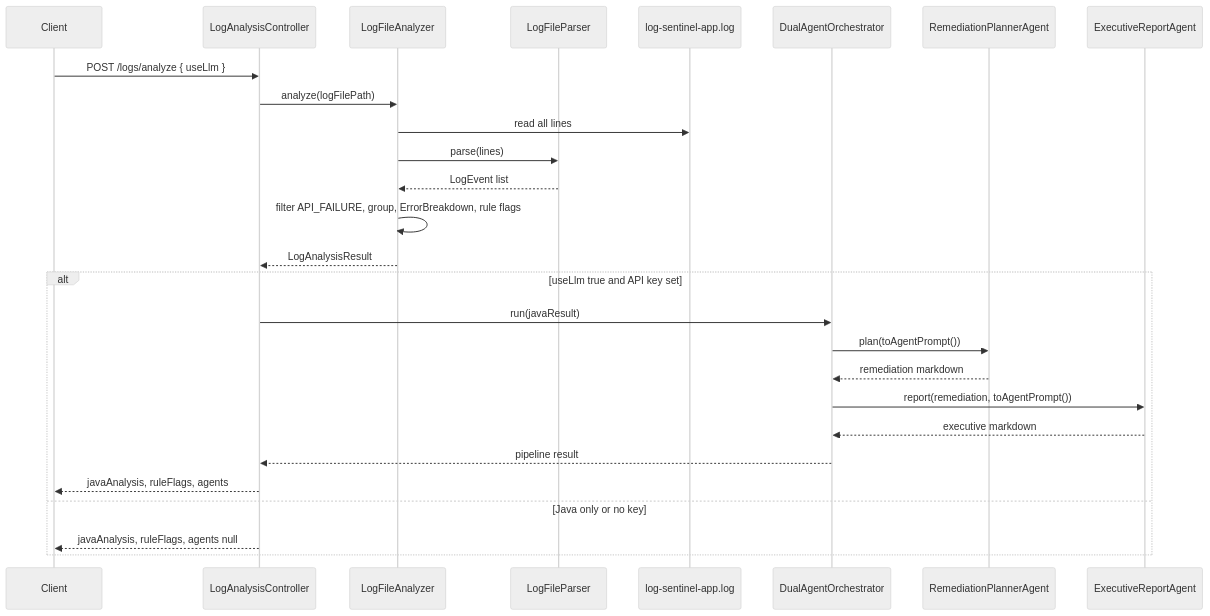
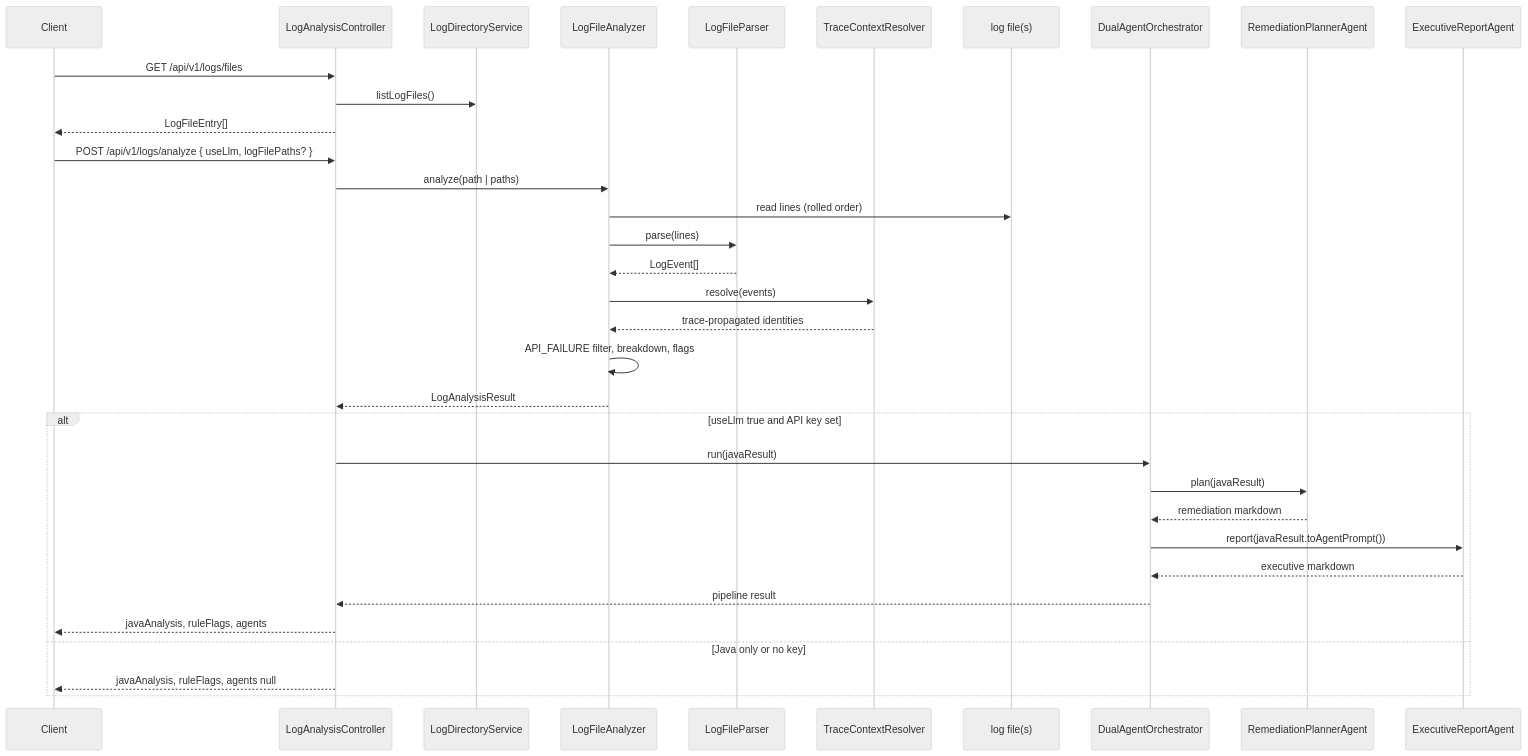
One commit to gajjalaroshan/test1 changed the second of 4 diagrams in docs/architecture/FLOW.md. Above: the diagram before and after it, drawn with Mermaid (neutral theme). The commit also changed other lines of this file and 35 other files, not shown here.

````diff
--- a/docs/architecture/FLOW.md
+++ b/docs/architecture/FLOW.md
@@ -34,31 +36,39 @@
 ```mermaid
 sequenceDiagram
     participant C as Client
     participant LA as LogAnalysisController
+    participant LDS as LogDirectoryService
     participant A as LogFileAnalyzer
     participant P as LogFileParser
-    participant F as log-sentinel-app.log
+    participant TCR as TraceContextResolver
+    participant F as log file(s)
     participant O as DualAgentOrchestrator
     participant RP as RemediationPlannerAgent
     participant ER as ExecutiveReportAgent
 
-    C->>LA: POST /logs/analyze { useLlm }
-    LA->>A: analyze(logFilePath)
-    A->>F: read all lines
+    C->>LA: GET /api/v1/logs/files
+    LA->>LDS: listLogFiles()
+    LA-->>C: LogFileEntry[]
+
+    C->>LA: POST /api/v1/logs/analyze { useLlm, logFilePaths? }
+    LA->>A: analyze(path | paths)
+    A->>F: read lines (rolled order)
     A->>P: parse(lines)
-    P-->>A: LogEvent list
-    A->>A: filter API_FAILURE, group, ErrorBreakdown, rule flags
+    P-->>A: LogEvent[]
+    A->>TCR: resolve(events)
+    TCR-->>A: trace-propagated identities
+    A->>A: API_FAILURE filter, breakdown, flags
     A-->>LA: LogAnalysisResult
 
     alt useLlm true and API key set
         LA->>O: run(javaResult)
-        O->>RP: plan(toAgentPrompt())
+        O->>RP: plan(javaResult)
         RP-->>O: remediation markdown
-        O->>ER: report(remediation, toAgentPrompt())
+        O->>ER: report(javaResult.toAgentPrompt())
         ER-->>O: executive markdown
         O-->>LA: pipeline result
         LA-->>C: javaAnalysis, ruleFlags, agents
     else Java only or no key
         LA-->>C: javaAnalysis, ruleFlags, agents null
     end
 ```
````
